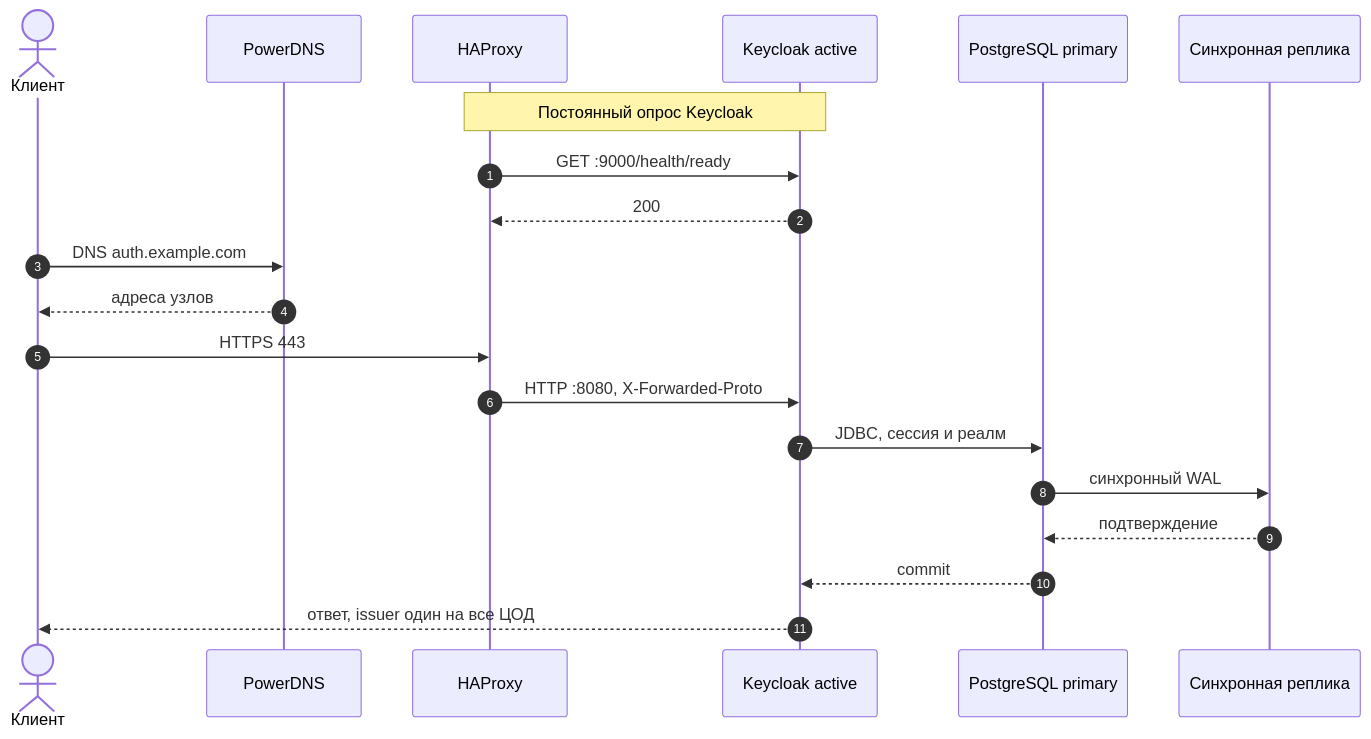
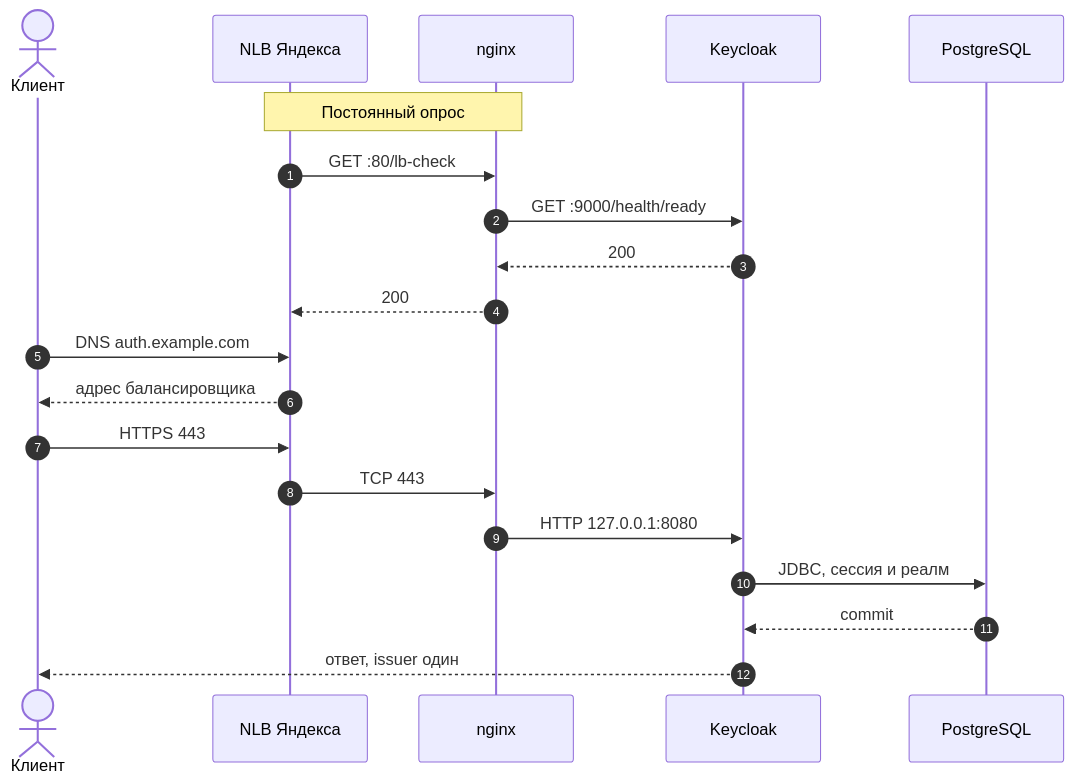
The second of 2 diagrams in README.md (sysadm1989/keycloak), drawn with Mermaid before and after one commit. The commit also changed other lines of this file and 138 other files, not shown here.

````diff
--- a/README.md
+++ b/README.md
@@ -64,24 +54,24 @@
 ```mermaid
 sequenceDiagram
   autonumber
   actor Клиент
-  participant PowerDNS
-  participant HAProxy
-  participant Keycloak as Keycloak active
-  participant Primary as PostgreSQL primary
-  participant Replica as Синхронная реплика
+  participant NLB as NLB Яндекса
+  participant nginx
+  participant Keycloak
+  participant DB as PostgreSQL
 
-  Note over HAProxy,Keycloak: Постоянный опрос Keycloak
-  HAProxy->>Keycloak: GET :9000/health/ready
-  Keycloak-->>HAProxy: 200
+  Note over NLB,nginx: Постоянный опрос
+  NLB->>nginx: GET :80/lb-check
+  nginx->>Keycloak: GET :9000/health/ready
+  Keycloak-->>nginx: 200
+  nginx-->>NLB: 200
 
-  Клиент->>PowerDNS: DNS auth.example.com
-  PowerDNS-->>Клиент: адреса узлов
-  Клиент->>HAProxy: HTTPS 443
-  HAProxy->>Keycloak: HTTP :8080, X-Forwarded-Proto
-  Keycloak->>Primary: JDBC, сессия и реалм
-  Primary->>Replica: синхронный WAL
-  Replica-->>Primary: подтверждение
-  Primary-->>Keycloak: commit
-  Keycloak-->>Клиент: ответ, issuer один на все ЦОД
+  Клиент->>NLB: DNS auth.example.com
+  NLB-->>Клиент: адрес балансировщика
+  Клиент->>NLB: HTTPS 443
+  NLB->>nginx: TCP 443
+  nginx->>Keycloak: HTTP 127.0.0.1:8080
+  Keycloak->>DB: JDBC, сессия и реалм
+  DB-->>Keycloak: commit
+  Keycloak-->>Клиент: ответ, issuer один
 ```
````
